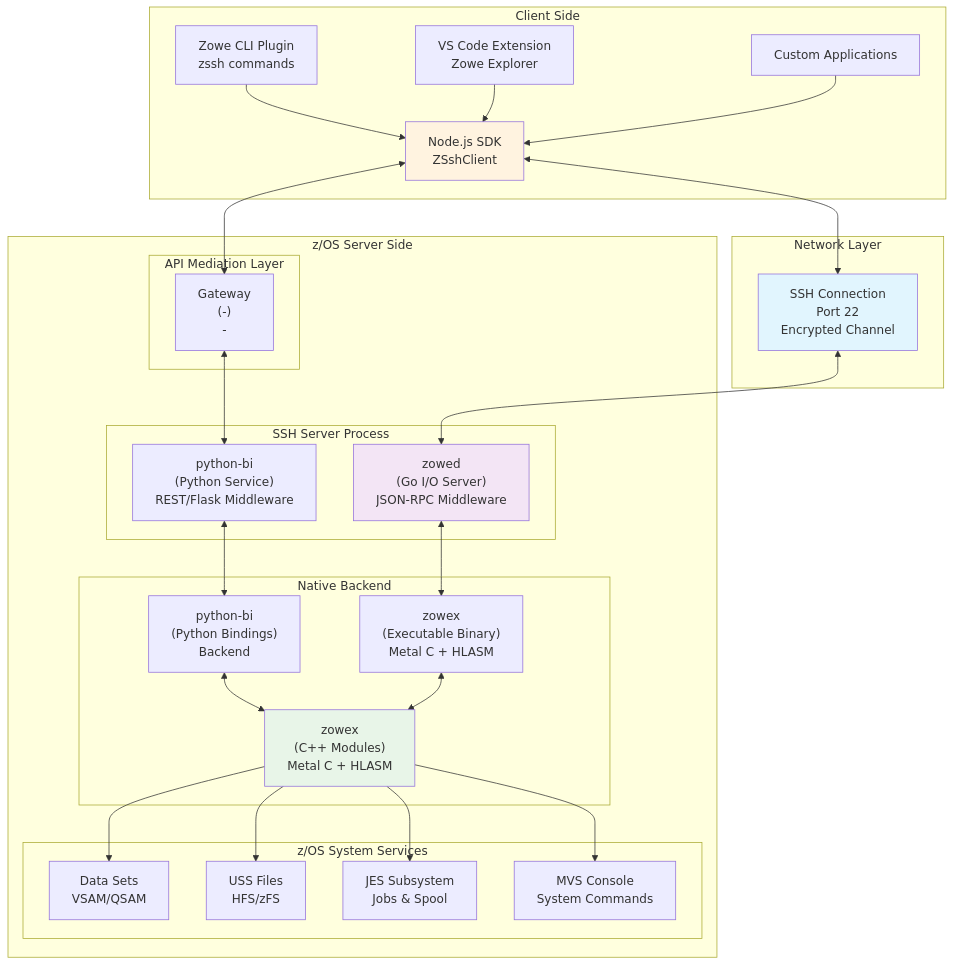
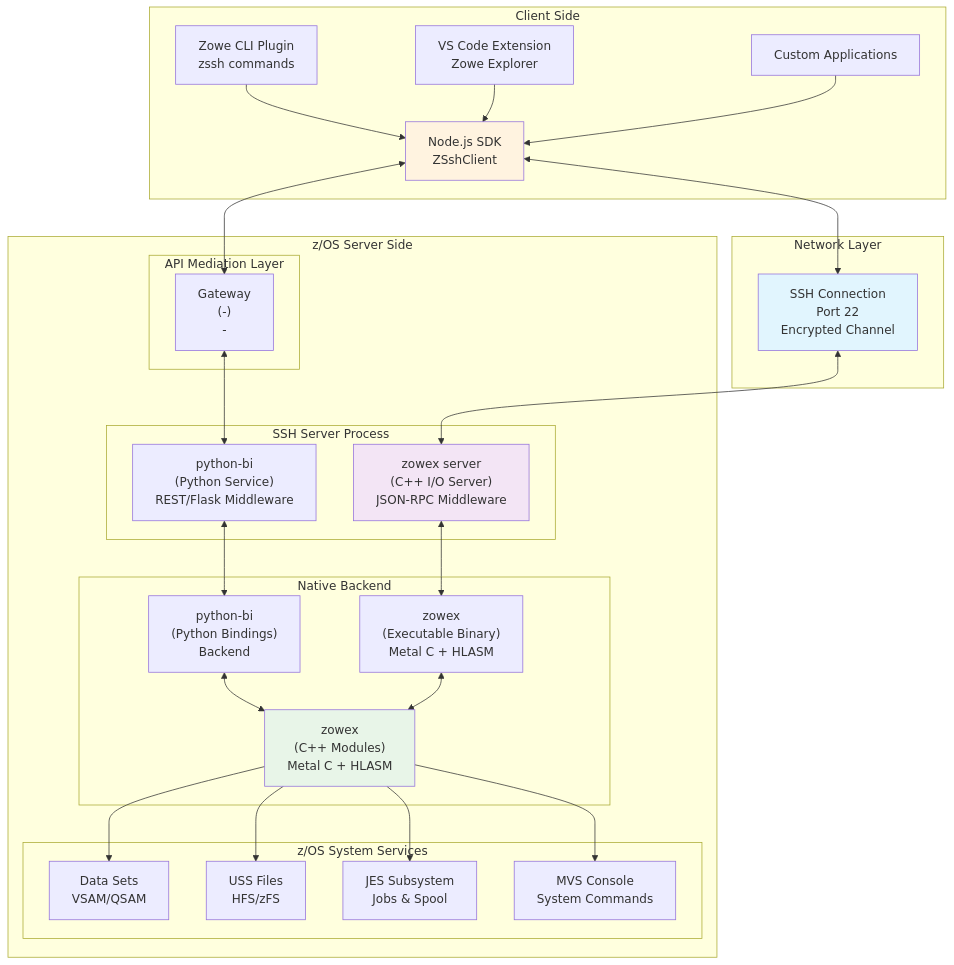
Before and after one commit to zowe/zowe-native-proto: the first of 13 diagrams in doc/architecture-comparisons.md, drawn with Mermaid. The commit also changed other lines of this file and 10 other files, not shown here.

````diff
--- a/doc/architecture-comparisons.md
+++ b/doc/architecture-comparisons.md
@@ -9,58 +9,58 @@
 ```mermaid
 graph TB
     subgraph "Client Side"
         CLI["Zowe CLI Plugin<br/>zssh commands"]
         VSC["VS Code Extension<br/>Zowe Explorer"]
         SDK["Node.js SDK<br/>ZSshClient"]
         APP["Custom Applications"]
 
         CLI --> SDK
         VSC --> SDK
         APP --> SDK
     end
 
     subgraph "Network Layer"
         SSH["SSH Connection<br/>Port 22<br/>Encrypted Channel"]
     end
 
     subgraph "z/OS Server Side"
         subgraph "API Mediation Layer"
             ZOWEA["Gateway<br/>(-)<br/>-"]
         end
         subgraph "SSH Server Process"
-            ZOWED["zowed<br/>(Go I/O Server)<br/>JSON-RPC Middleware"]
+            ZOWED["zowex server<br/>(C++ I/O Server)<br/>JSON-RPC Middleware"]
             ZOWEP["python-bi<br/>(Python Service)<br/>REST/Flask Middleware"]
         end
 
         subgraph "Native Backend"
             ZOWEX2["zowex<br/>(Executable Binary)<br/>Metal C + HLASM"]
             ZOWEP2["python-bi<br/>(Python Bindings)<br/>Backend"]
             ZOWEX["zowex<br/>(C++ Modules)<br/>Metal C + HLASM"]
         end
 
         subgraph "z/OS System Services"
             DS["Data Sets<br/>VSAM/QSAM"]
             USS["USS Files<br/>HFS/zFS"]
             JES["JES Subsystem<br/>Jobs & Spool"]
             MVS["MVS Console<br/>System Commands"]
         end
     end
 
     SDK <--> SSH
     SDK <--> ZOWEA
     SSH <--> ZOWED
     ZOWEA <--> ZOWEP
     ZOWEP <--> ZOWEP2
     ZOWEP2 <--> ZOWEX
     ZOWED <--> ZOWEX2
     ZOWEX2 <--> ZOWEX
     ZOWEX --> DS
     ZOWEX --> USS
     ZOWEX --> JES
     ZOWEX --> MVS
 
     style SSH fill:#e1f5fe
     style ZOWED fill:#f3e5f5
     style ZOWEX fill:#e8f5e8
     style SDK fill:#fff3e0
 ```
````
